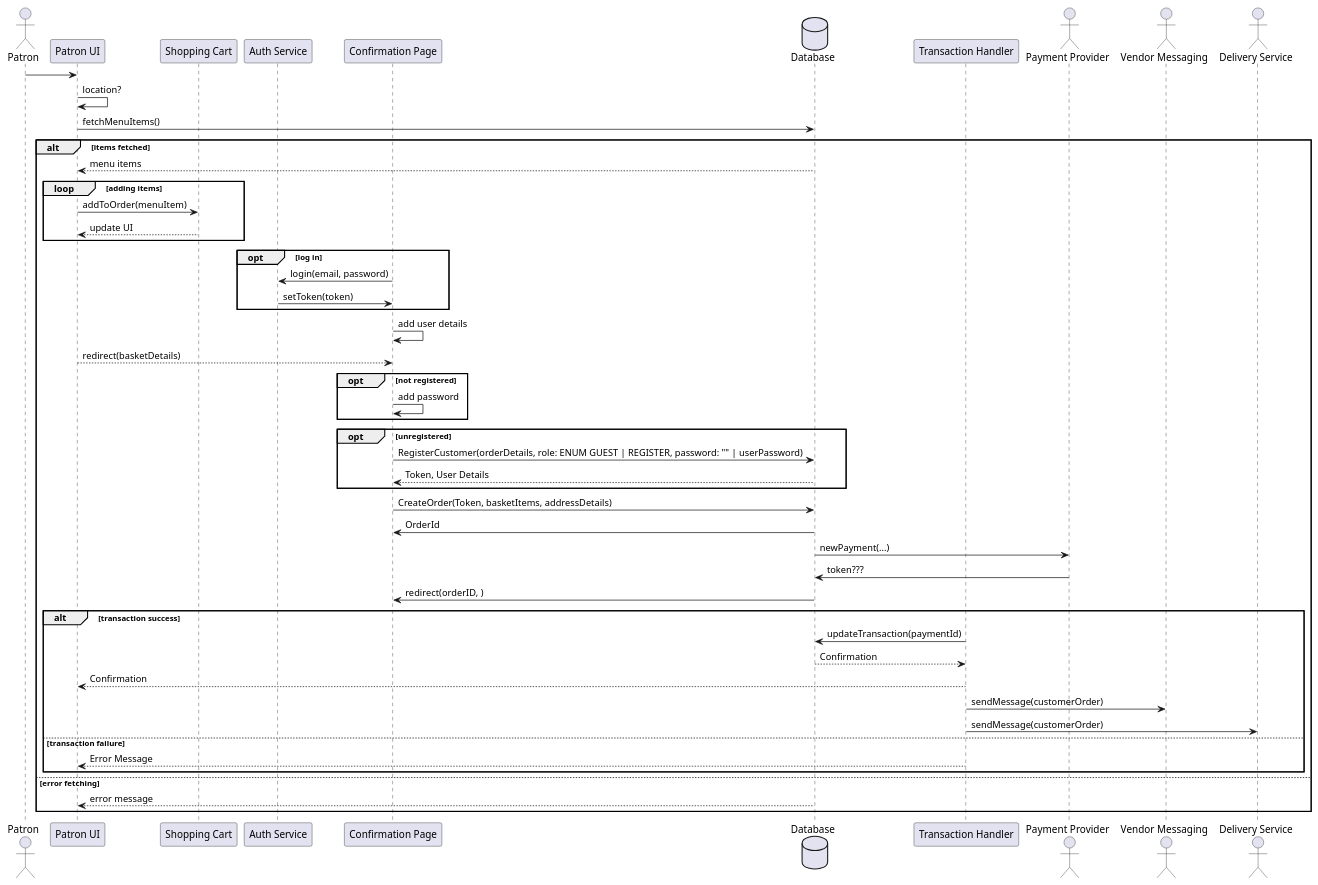
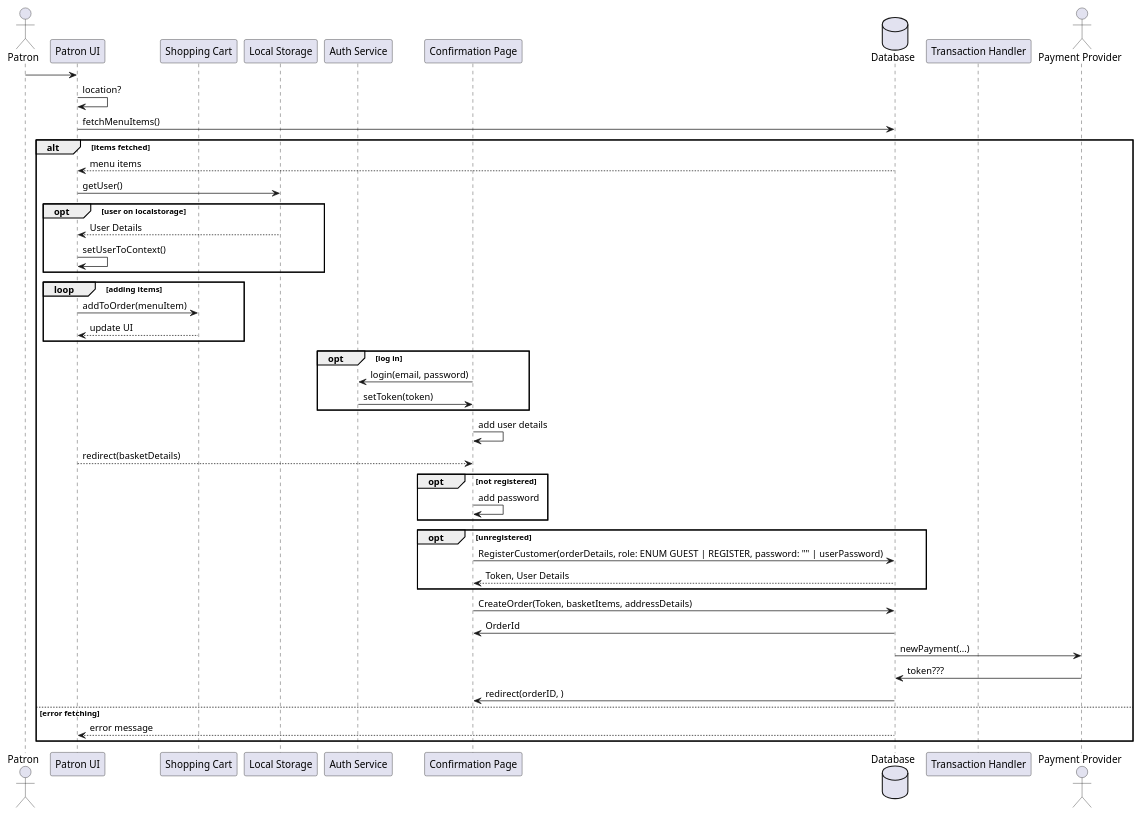
Before and after one commit to chingu-voyages/v19-bears-team-05: the diagram in misc/models/userFlow.plantuml, drawn with PlantUML. The commit also changed 4 other files, not shown here.

```diff
--- a/misc/models/userFlow.plantuml
+++ b/misc/models/userFlow.plantuml
@@ -1,57 +1,64 @@
 @startuml
 actor Patron
 participant "Patron UI"
 participant "Shopping Cart"
+participant "Local Storage"
 participant "Auth Service"
 participant "Confirmation Page"
 database Database
 participant "Transaction Handler"
 actor "Payment Provider"
-actor "Vendor Messaging"
-actor "Delivery Service"
+' actor "Vendor Messaging"
+' actor "Delivery Service"
 
 Patron -> "Patron UI"
 "Patron UI" -> "Patron UI": location?
 "Patron UI" -> Database: fetchMenuItems()
 alt items fetched
 Database --> "Patron UI": menu items
+"Patron UI" -> "Local Storage": getUser()
+opt user on localstorage
+"Local Storage" --> "Patron UI": User Details
+"Patron UI" -> "Patron UI": setUserToContext()
+end
+
 loop adding items
 "Patron UI" -> "Shopping Cart": addToOrder(menuItem)
 "Shopping Cart" --> "Patron UI": update UI
 end
 opt log in
 "Confirmation Page" -> "Auth Service": login(email, password)
 "Auth Service" -> "Confirmation Page": setToken(token)
 end
 ' "Patron UI" -> Database: Checkout createOrder([{basketItemId, quantity}])
 ' "Database" -> "Confirmation Page": orderId, orderItems
 "Confirmation Page" -> "Confirmation Page": add user details
 "Patron UI" --> "Confirmation Page": redirect(basketDetails)
 opt not registered
 "Confirmation Page" -> "Confirmation Page": add password
 end
 opt unregistered
 "Confirmation Page" -> "Database": RegisterCustomer(orderDetails, role: ENUM GUEST | REGISTER, password: "" | userPassword)
 "Database" --> "Confirmation Page": Token, User Details
 end
 "Confirmation Page" -> "Database": CreateOrder(Token, basketItems, addressDetails)
 "Database" -> "Confirmation Page": OrderId
 
 "Database" -> "Payment Provider" : newPayment(...)
 "Payment Provider" -> "Database" : token???
 "Database" -> "Confirmation Page" : redirect(orderID, )
-alt transaction success
-"Transaction Handler" -> Database: updateTransaction(paymentId)
-Database --> "Transaction Handler": Confirmation
-"Transaction Handler" --> "Patron UI": Confirmation
-"Transaction Handler" -> "Vendor Messaging": sendMessage(customerOrder)
-"Transaction Handler" -> "Delivery Service": sendMessage(customerOrder)
-else transaction failure
-"Transaction Handler" --> "Patron UI": Error Message
-end
+' alt transaction success
+' "Transaction Handler" -> Database: updateTransaction(paymentId)
+' Database --> "Transaction Handler": Confirmation
+' "Transaction Handler" --> "Patron UI": Confirmation
+' "Transaction Handler" -> "Vendor Messaging": sendMessage(customerOrder)
+' "Transaction Handler" -> "Delivery Service": sendMessage(customerOrder)
+' else transaction failure
+' "Transaction Handler" --> "Patron UI": Error Message
+' end
 
 else error fetching
 Database --> "Patron UI": error message
 end
 
 @enduml
```
